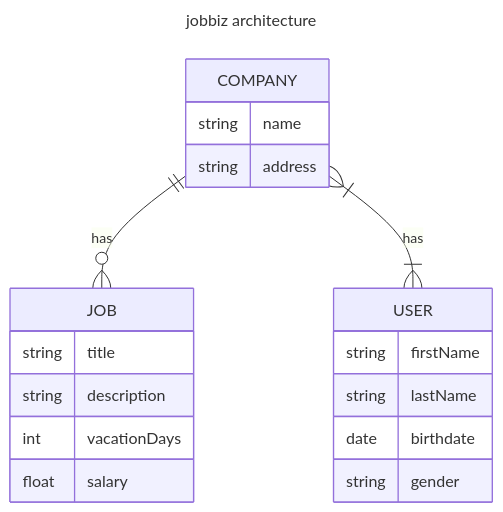
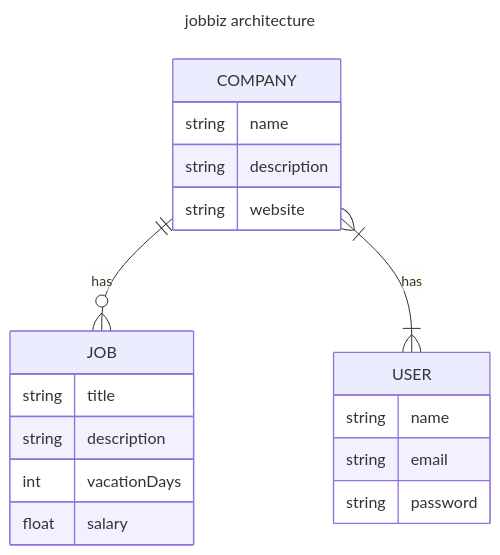
One commit to echooh/tm-cs-jobbiz changed the diagram in README.md. Above: the diagram before and after it, drawn with Mermaid. The commit also changed other lines of this file, not shown here.

````diff
--- a/README.md
+++ b/README.md
@@ -4,24 +6,24 @@
 ```mermaid
 ---
 title: jobbiz architecture
 ---
 erDiagram
     COMPANY ||--o{ JOB : "has"
     COMPANY }|--|{ USER : "has"
     COMPANY {
         string name
-        string address
+        string description
+        string website
     }
     JOB {
         string title
         string description
         int vacationDays
         float salary
     }  
     USER {
-        string firstName
-        string lastName
-        date birthdate
-        string gender
+        string name
+        string email
+        string password
     }
 ```
````
